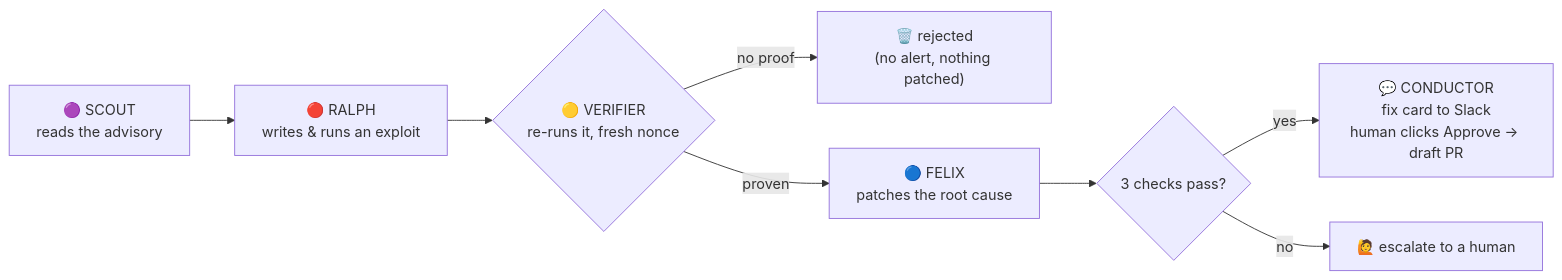
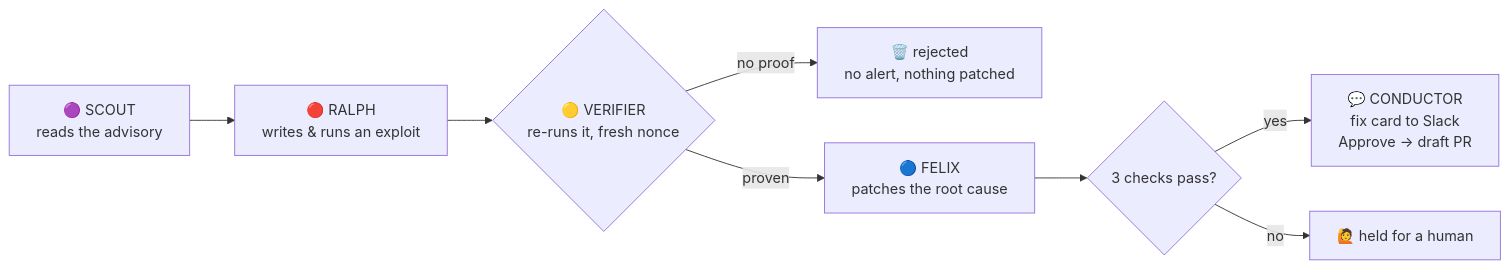
One commit to djang-c/WreckLess-Cyber-Security changed the first of 3 diagrams in README.md. Above: the diagram before and after it, drawn with Mermaid. The commit also changed other lines of this file, not shown here.

````diff
--- a/README.md
+++ b/README.md
@@ -29,10 +38,10 @@
 ```mermaid
 flowchart LR
     A["🟣 SCOUT<br/>reads the advisory"] --> B["🔴 RALPH<br/>writes & runs an exploit"]
     B --> C{"🟡 VERIFIER<br/>re-runs it, fresh nonce"}
-    C -->|"no proof"| X["🗑️ rejected<br/>(no alert, nothing patched)"]
+    C -->|"no proof"| X["🗑️ rejected<br/>no alert, nothing patched"]
     C -->|"proven"| D["🔵 FELIX<br/>patches the root cause"]
     D --> E{"3 checks pass?"}
-    E -->|"yes"| F["💬 CONDUCTOR<br/>fix card to Slack<br/>human clicks Approve → draft PR"]
-    E -->|"no"| G["🙋 escalate to a human"]
+    E -->|"yes"| F["💬 CONDUCTOR<br/>fix card to Slack<br/>Approve → draft PR"]
+    E -->|"no"| G["🙋 held for a human"]
 ```
````
